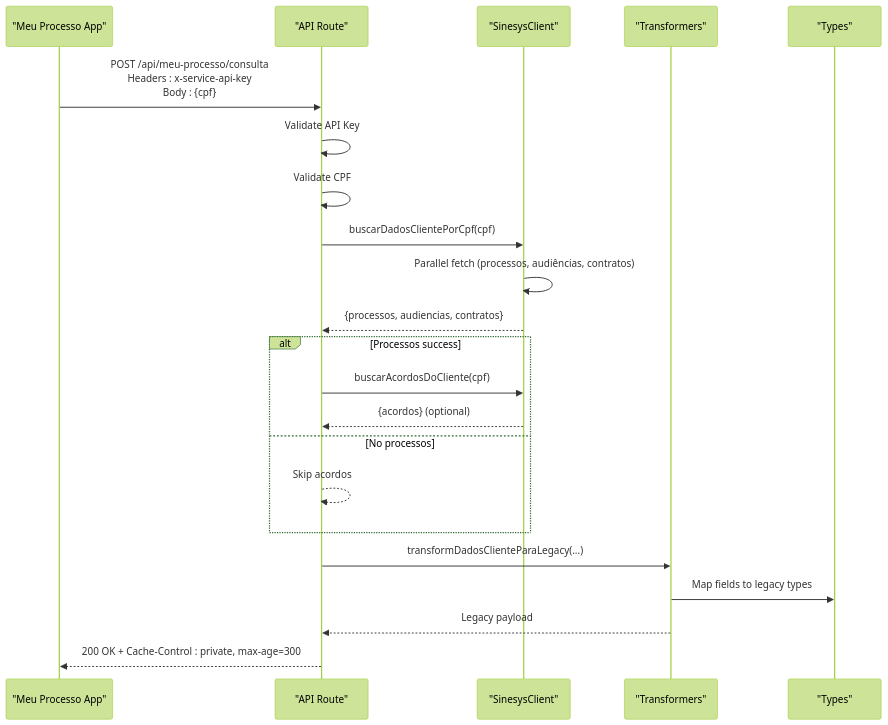
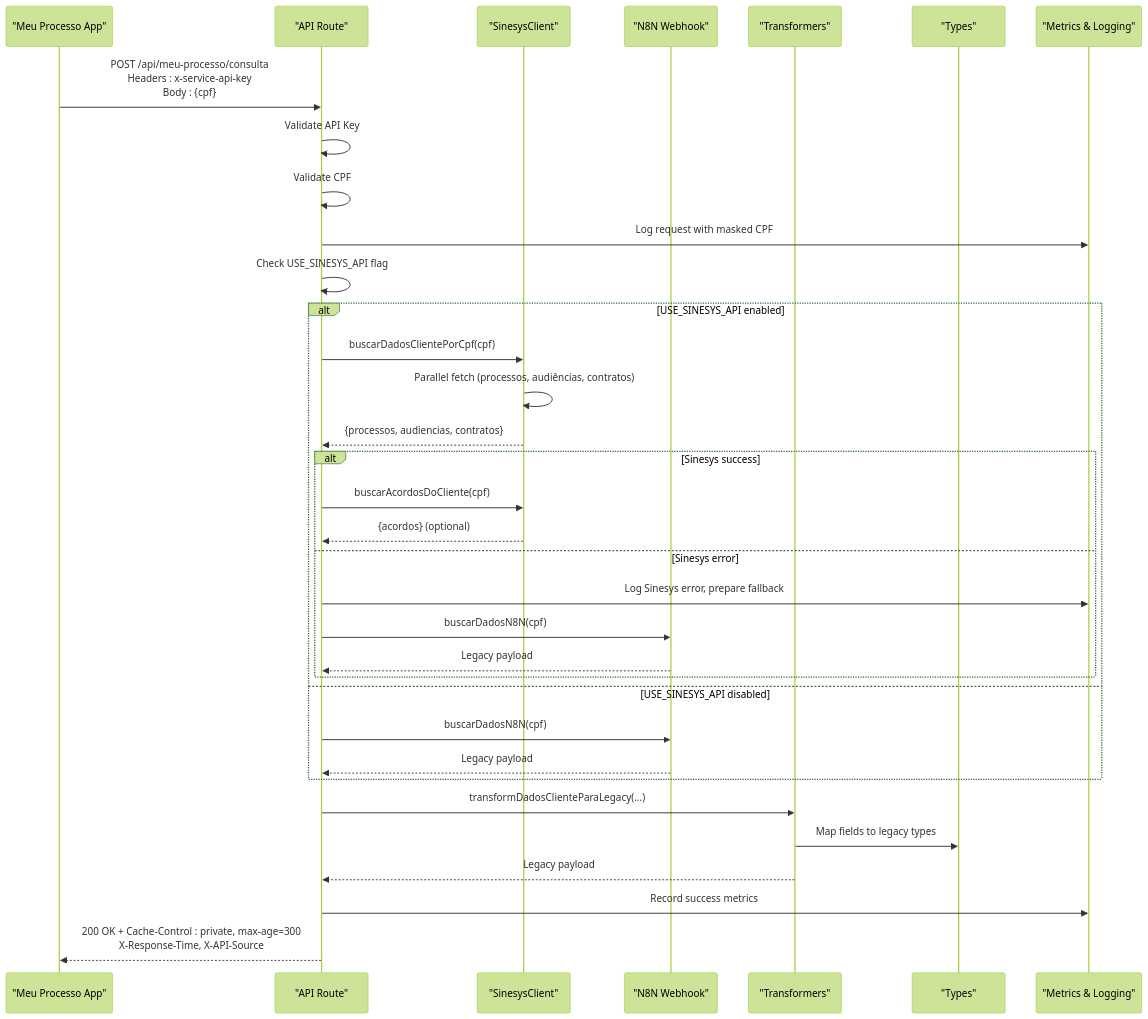
One commit to SinesysTech/zattar-os changed the second of 4 diagrams in .qoder/repowiki/en/content/API Reference/Data Capture Endpoints/Meu Processo Consulta Endpoint.md. Above: the diagram before and after it, drawn with Mermaid (forest theme). The commit also changed other lines of this file and 21 other files, not shown here.

First line of the commit message:
chore: Refactor Meu Processo API, cleanup legacy code, and update dashboard UI responsiveness

````diff
--- a/.qoder/repowiki/en/content/API Reference/Data Capture Endpoints/Meu Processo Consulta Endpoint.md
+++ b/.qoder/repowiki/en/content/API Reference/Data Capture Endpoints/Meu Processo Consulta Endpoint.md
@@ -87,24 +105,36 @@
 ```mermaid
 sequenceDiagram
 participant Client as "Meu Processo App"
 participant Route as "API Route"
 participant SClient as "SinesysClient"
+participant N8N as "N8N Webhook"
 participant Trans as "Transformers"
 participant Types as "Types"
+participant Metrics as "Metrics & Logging"
 Client->>Route : POST /api/meu-processo/consulta<br/>Headers : x-service-api-key<br/>Body : {cpf}
 Route->>Route : Validate API Key
 Route->>Route : Validate CPF
+Route->>Metrics : Log request with masked CPF
+Route->>Route : Check USE_SINESYS_API flag
+alt USE_SINESYS_API enabled
 Route->>SClient : buscarDadosClientePorCpf(cpf)
 SClient->>SClient : Parallel fetch (processos, audiências, contratos)
 SClient-->>Route : {processos, audiencias, contratos}
-alt Processos success
+alt Sinesys success
 Route->>SClient : buscarAcordosDoCliente(cpf)
 SClient-->>Route : {acordos} (optional)
-else No processos
-Route-->>Route : Skip acordos
+else Sinesys error
+Route->>Metrics : Log Sinesys error, prepare fallback
+Route->>N8N : buscarDadosN8N(cpf)
+N8N-->>Route : Legacy payload
+end
+else USE_SINESYS_API disabled
+Route->>N8N : buscarDadosN8N(cpf)
+N8N-->>Route : Legacy payload
 end
 Route->>Trans : transformDadosClienteParaLegacy(...)
 Trans->>Types : Map fields to legacy types
 Trans-->>Route : Legacy payload
-Route-->>Client : 200 OK + Cache-Control : private, max-age=300
+Route->>Metrics : Record success metrics
+Route-->>Client : 200 OK + Cache-Control : private, max-age=300<br/>X-Response-Time, X-API-Source
 ```
````
